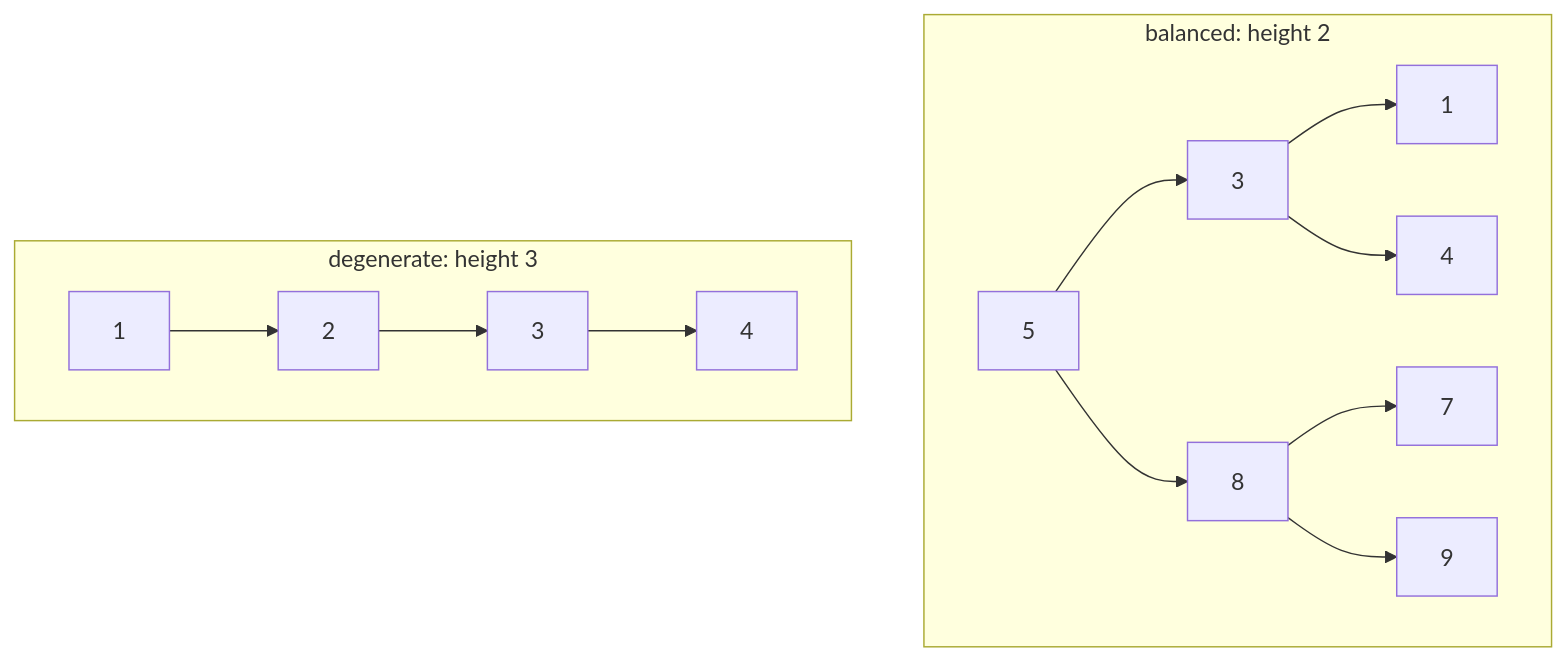
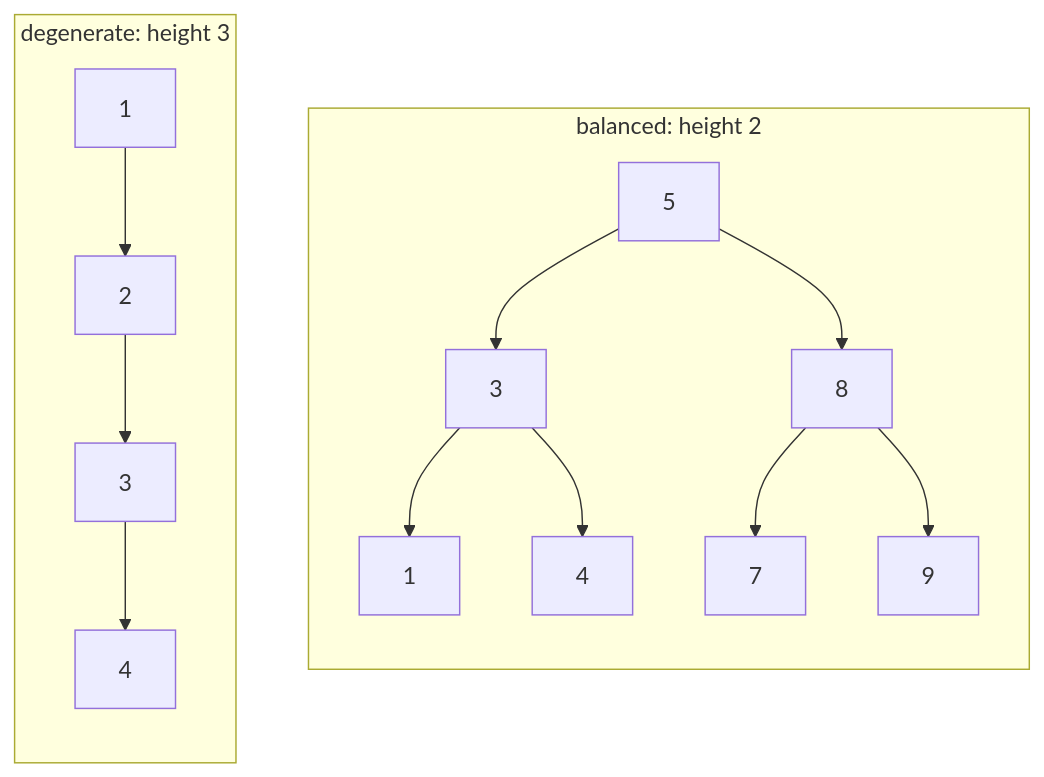
Before and after one commit to ani2fun/codefolio: the diagram in content/cortex/data-structures-and-algorithms/03-trees/02-binary-search-tree/02-height-and-balance-in-binary-search-trees.md, drawn with Mermaid. The commit also changed other lines of this file and 176 other files, not shown here.

````diff
--- a/content/cortex/data-structures-and-algorithms/03-trees/02-binary-search-tree/02-height-and-balance-in-binary-search-trees.md
+++ b/content/cortex/data-structures-and-algorithms/03-trees/02-binary-search-tree/02-height-and-balance-in-binary-search-trees.md
@@ -68,11 +68,13 @@
 ```mermaid
 flowchart TB
   subgraph Balanced["balanced: height 2"]
+    direction TB
     R["5"] --> A["3"]
     R --> B["8"]
     A --> C["1"]; A --> D["4"]; B --> E["7"]; B --> F["9"]
   end
   subgraph Degenerate["degenerate: height 3"]
+    direction TB
     X1["1"] --> X2["2"] --> X3["3"] --> X4["4"]
   end
 ```
````
